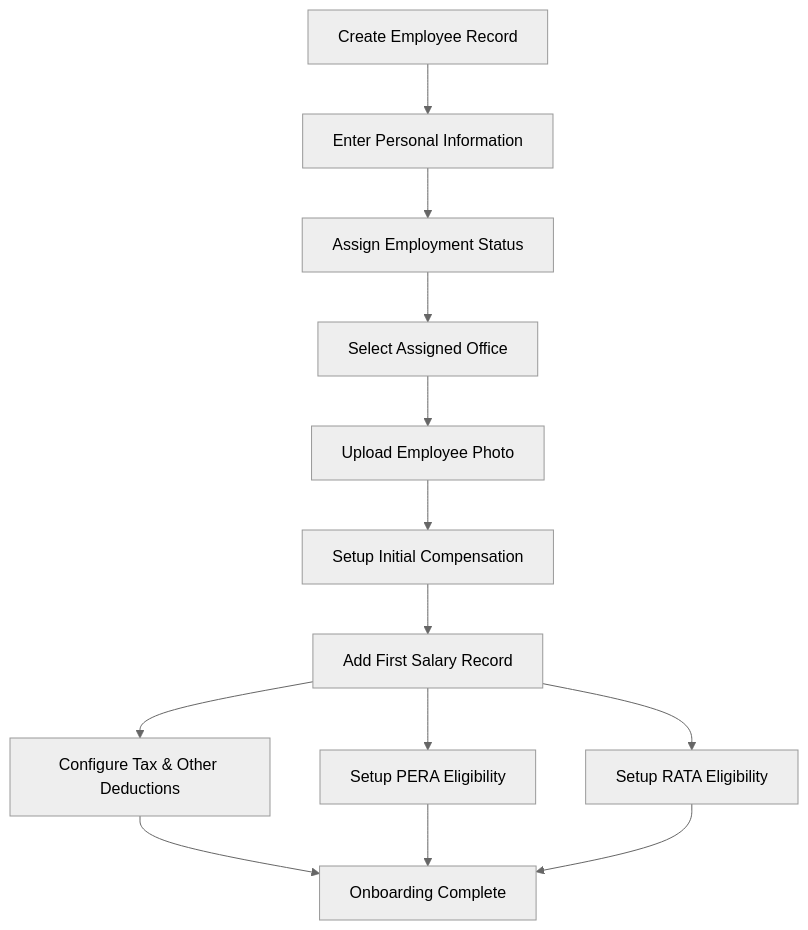
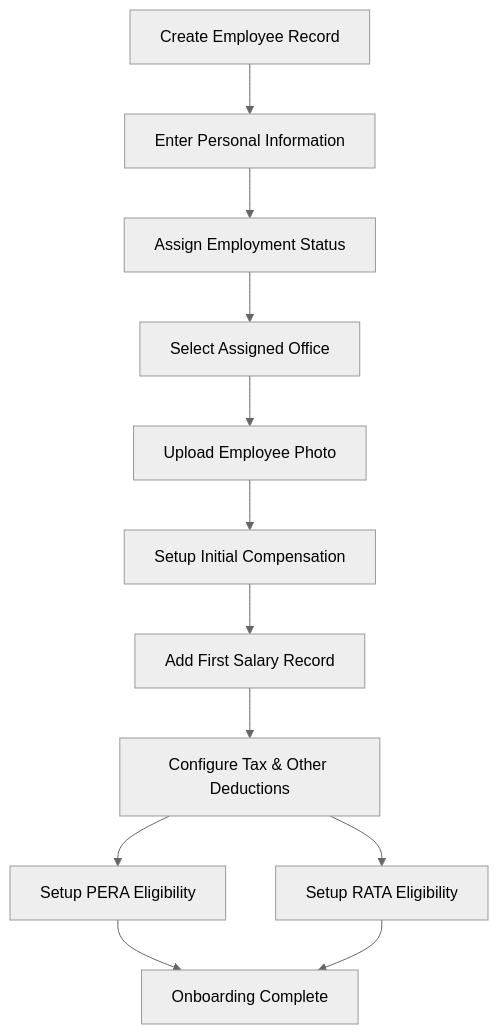
Before and after one commit to vincet0t15/template: the seventh of 11 diagrams in .qoder/repowiki/en/content/Employee Management/Employee Compensation Management.md, drawn with Mermaid (neutral theme). The commit also changed other lines of this file and 13 other files, not shown here.

````diff
--- a/.qoder/repowiki/en/content/Employee Management/Employee Compensation Management.md
+++ b/.qoder/repowiki/en/content/Employee Management/Employee Compensation Management.md
@@ -360,15 +417,14 @@
 ```mermaid
 flowchart TD
 CreateEmployee["Create Employee Record"] --> SetBasicInfo["Enter Personal Information"]
 SetBasicInfo --> AssignStatus["Assign Employment Status"]
 AssignStatus --> SelectOffice["Select Assigned Office"]
 SelectOffice --> UploadPhoto["Upload Employee Photo"]
 UploadPhoto --> SetupCompensation["Setup Initial Compensation"]
 SetupCompensation --> AddSalary["Add First Salary Record"]
 AddSalary --> ConfigureDeductions["Configure Tax & Other Deductions"]
-ConfigureDeductions --> CompleteOnboarding["Onboarding Complete"]
-AddSalary --> SetupPerf["Setup PERA Eligibility"]
-AddSalary --> SetupRata["Setup RATA Eligibility"]
-SetupPerf --> CompleteOnboarding
+ConfigureDeductions --> SetupPerf["Setup PERA Eligibility"]
+ConfigureDeductions --> SetupRata["Setup RATA Eligibility"]
+SetupPerf --> CompleteOnboarding["Onboarding Complete"]
 SetupRata --> CompleteOnboarding
 ```
````
